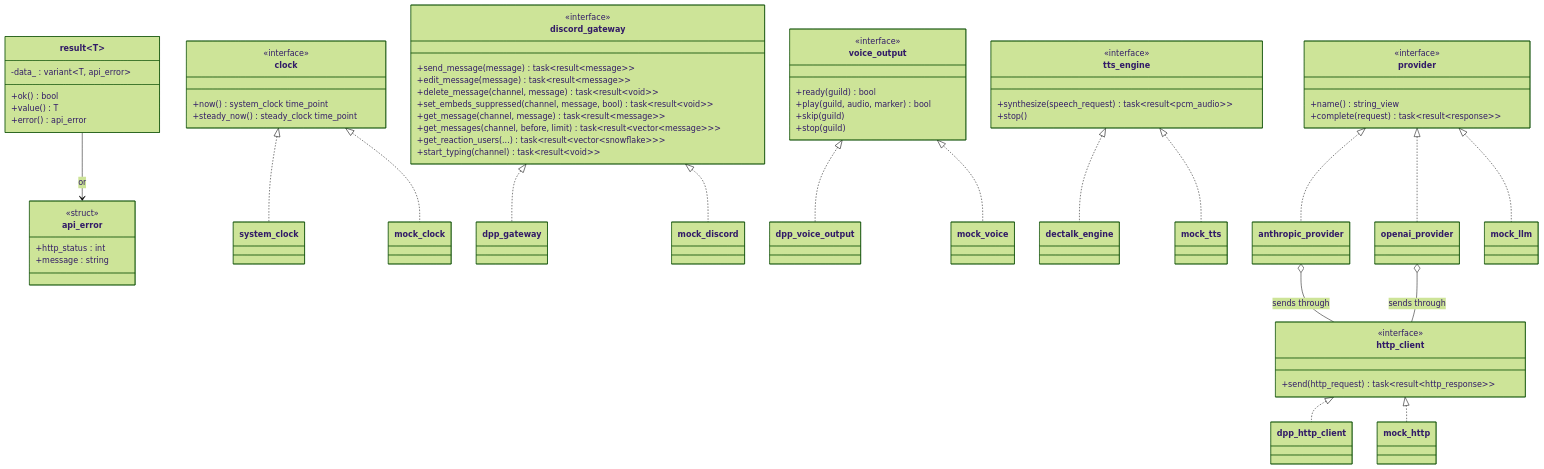
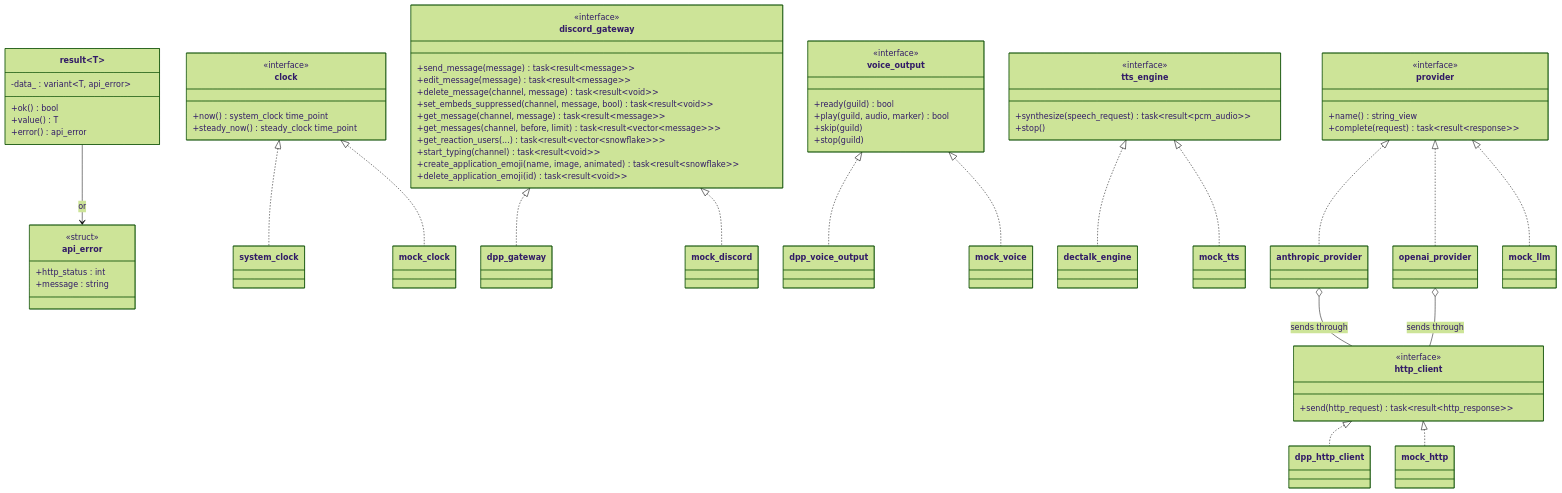
One commit to mhorn00/LatiBot-cpp changed the second of 13 diagrams in docs/architecture/Classes.md. Above: the diagram before and after it, drawn with Mermaid (forest theme). The commit also changed other lines of this file and 6 other files, not shown here.

First line of the commit message:
docs(linkstats): image reactions and emoji copies, as built

```diff
--- a/docs/architecture/Classes.md
+++ b/docs/architecture/Classes.md
@@ -100,6 +100,8 @@
         +get_messages(channel, before, limit) task~result~vector~message~~~
         +get_reaction_users(...) task~result~vector~snowflake~~~
         +start_typing(channel) task~result~void~~
+        +create_application_emoji(name, image, animated) task~result~snowflake~~
+        +delete_application_emoji(id) task~result~void~~
     }
     class http_client {
         <<interface>>
```
